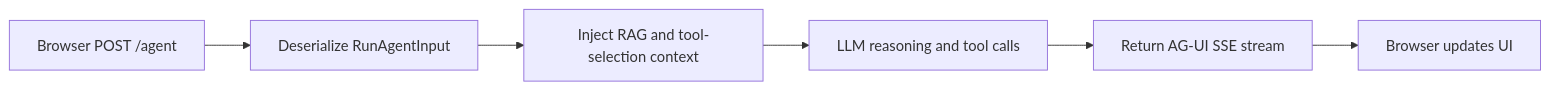
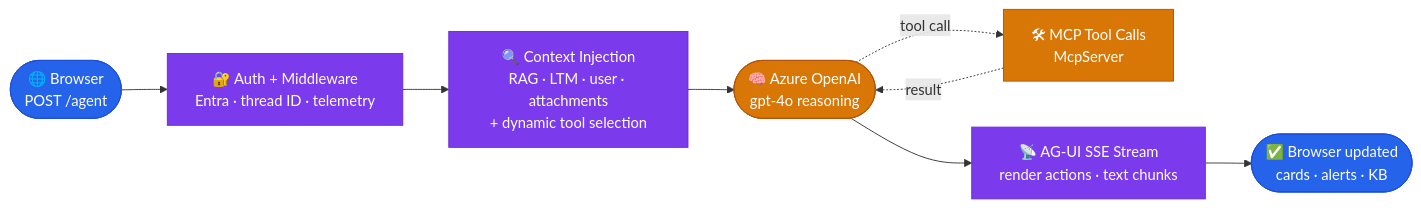
One commit to sreyanchoudhury/HelpdeskAI.CSharp changed the second of 2 diagrams in src/HelpdeskAI.AgentHost/README.md. Above: the diagram before and after it, drawn with Mermaid. The commit also changed other lines of this file and 5 other files, not shown here.

````diff
--- a/src/HelpdeskAI.AgentHost/README.md
+++ b/src/HelpdeskAI.AgentHost/README.md
@@ -295,11 +318,23 @@
 ```mermaid
 flowchart LR
-    S1["Browser POST /agent"]
-    S2["Deserialize RunAgentInput"]
-    S3["Inject RAG and tool-selection context"]
-    S4["LLM reasoning and tool calls"]
-    S5["Return AG-UI SSE stream"]
-    S6["Browser updates UI"]
+    classDef browser fill:#2563eb,stroke:#1d4ed8,color:#fff
+    classDef agent   fill:#7c3aed,stroke:#6d28d9,color:#fff
+    classDef ai      fill:#d97706,stroke:#b45309,color:#fff
 
-    S1 --> S2 --> S3 --> S4 --> S5 --> S6
+    S1(["🌐 Browser<br/>POST /agent"])
+    S2["🔐 Auth + Middleware<br/>Entra · thread ID · telemetry"]
+    S3["🔍 Context Injection<br/>RAG · LTM · user · attachments<br/>+ dynamic tool selection"]
+    S4(["🧠 Azure OpenAI<br/>gpt-4o reasoning"])
+    S5["🛠 MCP Tool Calls<br/>McpServer"]
+    S6["📡 AG-UI SSE Stream<br/>render actions · text chunks"]
+    S7(["✅ Browser updated<br/>cards · alerts · KB"])
+
+    S1 --> S2 --> S3 --> S4
+    S4 -. tool call .-> S5
+    S5 -. result .-> S4
+    S4 --> S6 --> S7
+
+    class S1,S7 browser
+    class S2,S3,S6 agent
+    class S4,S5 ai
 ```
````
